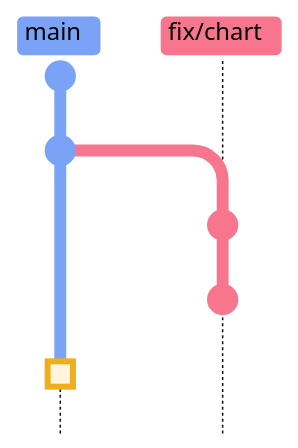
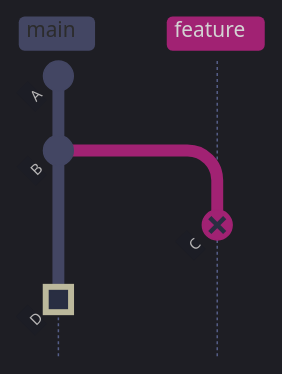
One commit to alp78/elysium changed the fifth of 6 diagrams in content/08-Git/06-pull-requests-and-code-review.md. Above: the diagram before and after it, drawn with Mermaid. The commit also changed other lines of this file, not shown here.

````diff
--- a/content/08-Git/06-pull-requests-and-code-review.md
+++ b/content/08-Git/06-pull-requests-and-code-review.md
@@ -299,11 +924,21 @@
 ```mermaid
-%%{init: {'theme': 'base', 'themeVariables': {'git0': '#7aa2f7', 'git1': '#f7768e', 'git2': '#9ece6a', 'git3': '#e0af68', 'git4': '#bb9af7', 'gitBranchLabel0': '#000000', 'gitBranchLabel1': '#000000', 'gitBranchLabel2': '#000000', 'gitBranchLabel3': '#000000', 'commitLabelColor': '#ffffff', 'commitLabelBackground': 'transparent', 'commitLabelFontSize': '14px', 'tagLabelColor': '#000000', 'tagLabelBackground': '#c0caf5'}, 'gitGraph': {'mainBranchName': 'main'}} }%%
+%%{init: {'theme': 'dark', 'themeVariables': {
+  'primaryColor': '#292e42',
+  'primaryTextColor': '#c0caf5',
+  'primaryBorderColor': '#565f89',
+  'lineColor': '#565f89',
+  'secondaryColor': '#1a1b26',
+  'tertiaryColor': '#24283b',
+  'noteTextColor': '#c0caf5',
+  'noteBkgColor': '#292e42',
+  'textColor': '#c0caf5',
+  'fontSize': '14px'
+}, 'gitGraph': {'mainBranchName': 'main'}}}%%
 gitGraph TB:
   commit id: "A"
   commit id: "B"
-  branch fix/chart
-  commit id: "D"
-  commit id: "E"
+  branch feature
+  commit id: "C" type: REVERSE
   checkout main
-  commit id: "C" type: HIGHLIGHT
+  commit id: "D" type: HIGHLIGHT
 ```
````
